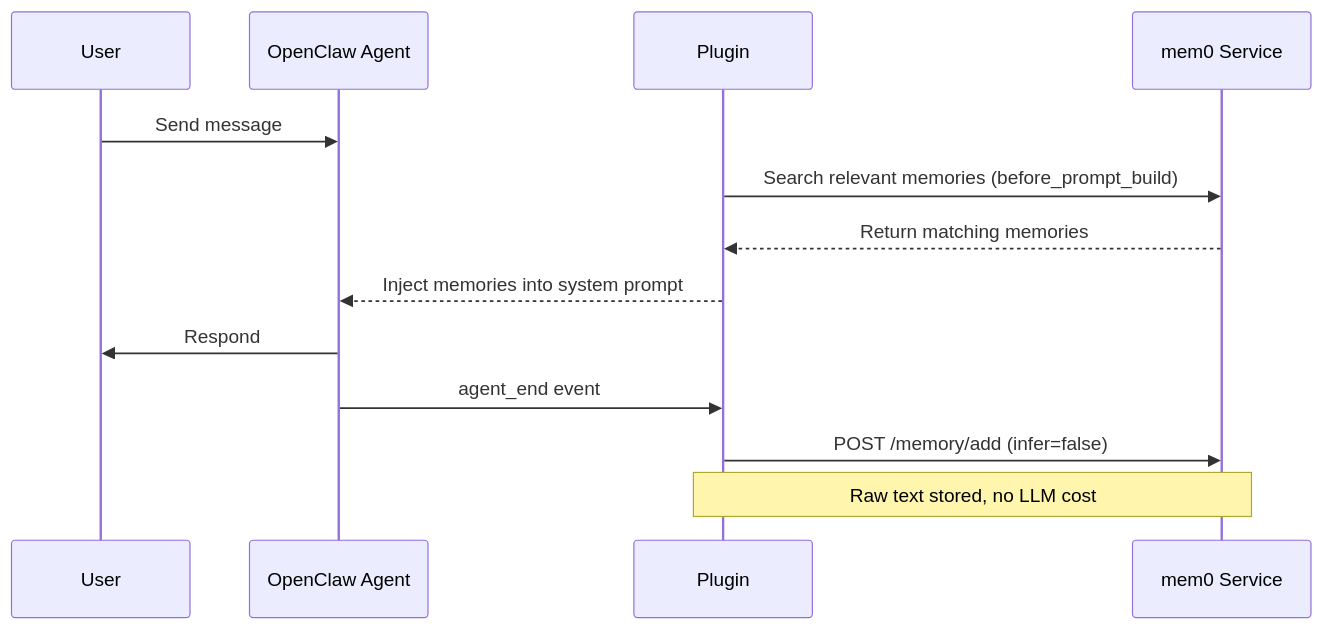
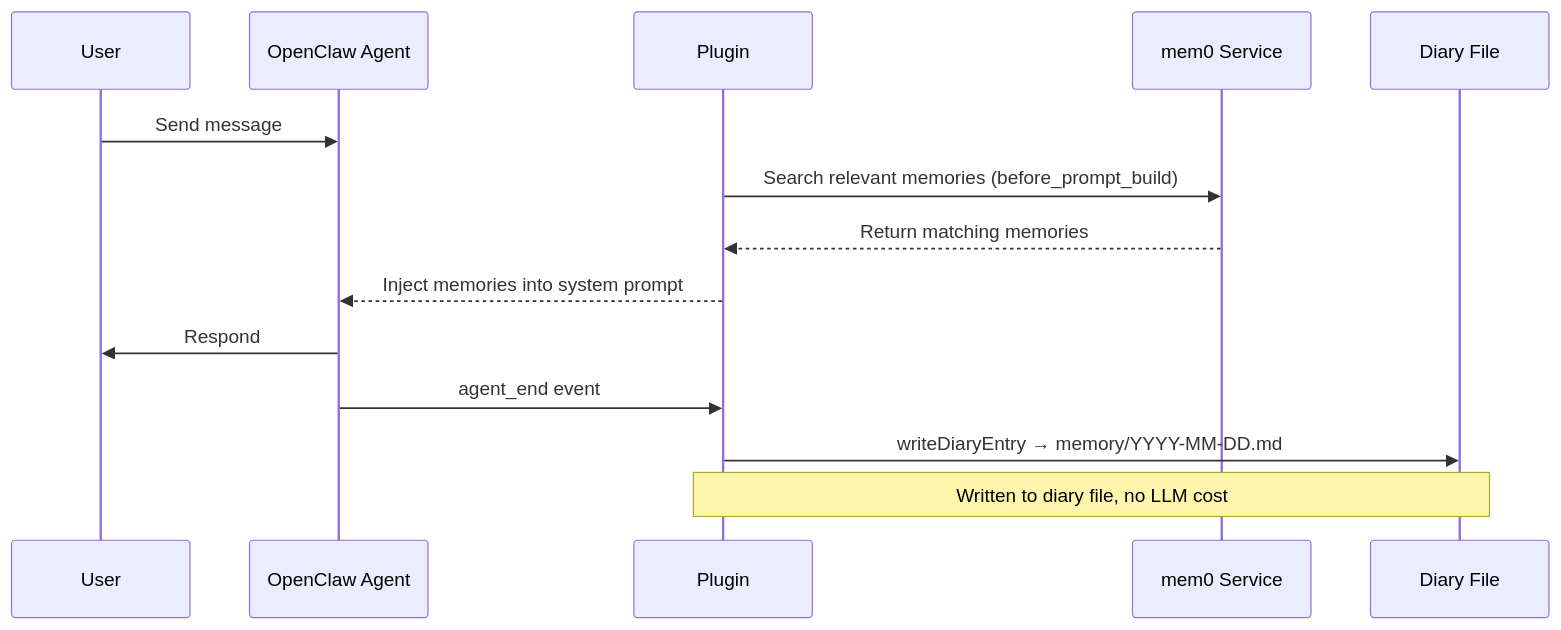
Before and after one commit to norrishuang/mem0-memory-service: the second of 3 diagrams in docs/openclaw-plugin.md, drawn with Mermaid. The commit also changed other lines of this file and 6 other files, not shown here.

First line of the commit message:
docs: update architecture docs to reflect new real-time diary write pipeline

````diff
--- a/docs/openclaw-plugin.md
+++ b/docs/openclaw-plugin.md
@@ -37,16 +37,17 @@
 ```mermaid
 sequenceDiagram
     participant U as User
     participant OC as OpenClaw Agent
     participant P as Plugin
     participant M as mem0 Service
+    participant FS as Diary File
 
     U->>OC: Send message
     P->>M: Search relevant memories (before_prompt_build)
     M-->>P: Return matching memories
     P-->>OC: Inject memories into system prompt
     OC->>U: Respond
     OC->>P: agent_end event
-    P->>M: POST /memory/add (infer=false)
-    Note over P,M: Raw text stored, no LLM cost
+    P->>FS: writeDiaryEntry → memory/YYYY-MM-DD.md
+    Note over P,FS: Written to diary file, no LLM cost
 ```
````
